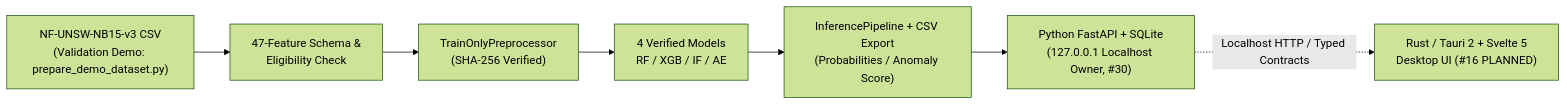
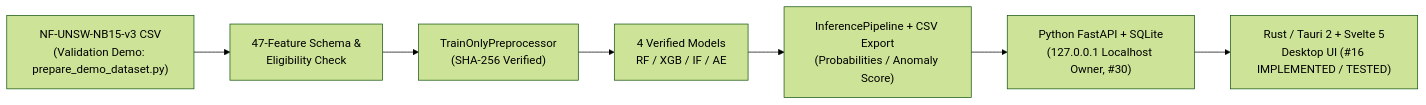
One commit to doctor-cato/AI-NETWORK-ANOMALY-DETECTION-TRACEABILITY-MAIN changed the diagram in README.md. Above: the diagram before and after it, drawn with Mermaid (forest theme). The commit also changed other lines of this file and 58 other files, not shown here.

First line of the commit message:
feat(m6): implement Tauri 2 + Svelte 5 desktop app and FastAPI CSV workflows (#16, #24, #26, #28, #32) (#67)

````diff
--- a/README.md
+++ b/README.md
@@ -48,9 +49,9 @@
 ```mermaid
 flowchart LR
     A["NF-UNSW-NB15-v3 CSV<br/>(Validation Demo: prepare_demo_dataset.py)"] --> B["47-Feature Schema &<br/>Eligibility Check"]
     B --> C["TrainOnlyPreprocessor<br/>(SHA-256 Verified)"]
     C --> D["4 Verified Models<br/>RF / XGB / IF / AE"]
     D --> E["InferencePipeline + CSV Export<br/>(Probabilities / Anomaly Score)"]
     E --> F["Python FastAPI + SQLite<br/>(127.0.0.1 Localhost Owner, #30)"]
-    F -. "Localhost HTTP / Typed Contracts" .-> G["Rust / Tauri 2 + Svelte 5<br/>Desktop UI (#16 PLANNED)"]
+    F --> G["Rust / Tauri 2 + Svelte 5<br/>Desktop UI (#16 IMPLEMENTED / TESTED)"]
 ```
````
